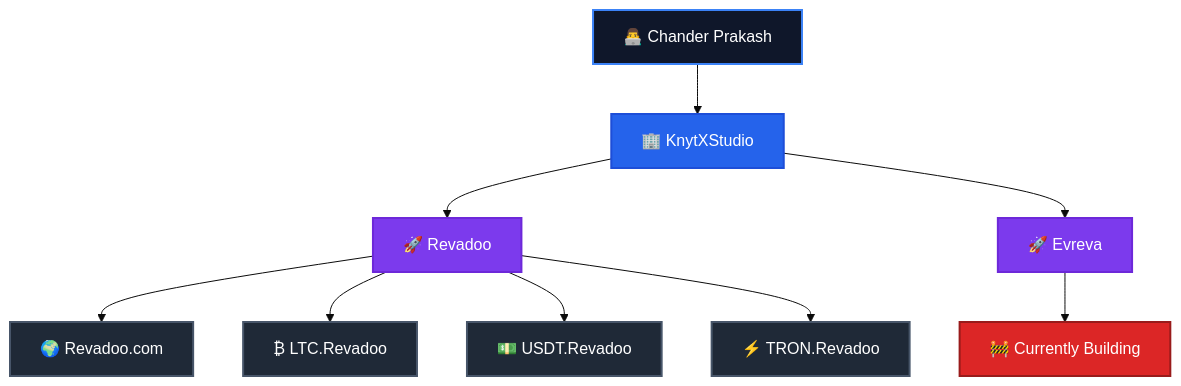
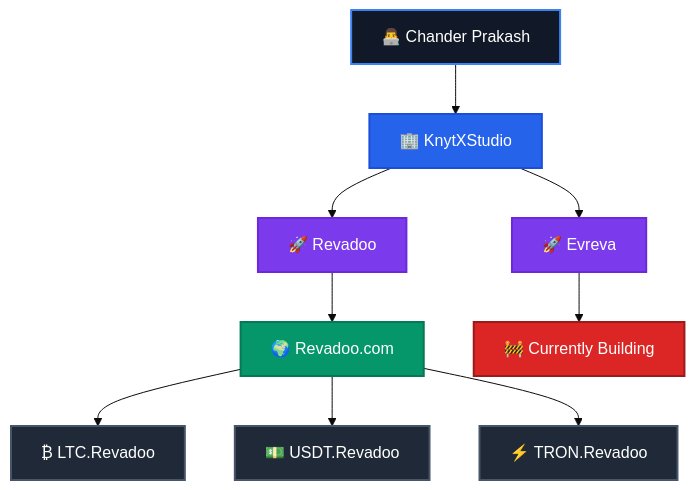
One commit to chander20256/chander20256 changed the diagram in README.md. Above: the diagram before and after it, drawn with Mermaid (base theme). The commit also changed other lines of this file, not shown here.

````diff
--- a/README.md
+++ b/README.md
@@ -27,50 +27,46 @@
 ```mermaid
 flowchart TB
 
-    %% Founder
     CP["👨‍💻 Chander Prakash"]
 
-    %% Studio
     KS["🏢 KnytXStudio"]
 
-    %% Main Projects
     REV["🚀 Revadoo"]
+
     EV["🚀 Evreva"]
 
-    %% Revadoo Products
     MAIN["🌍 Revadoo.com"]
+
     LTC["₿ LTC.Revadoo"]
     USDT["💵 USDT.Revadoo"]
     TRON["⚡ TRON.Revadoo"]
 
-    %% Evreva Status
     BUILD["🚧 Currently Building"]
-
-    %% Connections
 
     CP --> KS
 
     KS --> REV
     KS --> EV
 
     REV --> MAIN
-    REV --> LTC
-    REV --> USDT
-    REV --> TRON
+
+    MAIN --> LTC
+    MAIN --> USDT
+    MAIN --> TRON
 
     EV --> BUILD
 
-    %% Styling
-
-    classDef founder fill:#0F172A,color:#ffffff,stroke:#3B82F6,stroke-width:2px;
+    classDef founder fill:#111827,color:#ffffff,stroke:#3B82F6,stroke-width:2px;
     classDef studio fill:#2563EB,color:#ffffff,stroke:#1D4ED8,stroke-width:2px;
     classDef project fill:#7C3AED,color:#ffffff,stroke:#6D28D9,stroke-width:2px;
+    classDef website fill:#059669,color:#ffffff,stroke:#047857,stroke-width:2px;
     classDef portal fill:#1F2937,color:#ffffff,stroke:#475569,stroke-width:2px;
     classDef status fill:#DC2626,color:#ffffff,stroke:#991B1B,stroke-width:2px;
 
     class CP founder;
     class KS studio;
     class REV,EV project;
-    class MAIN,LTC,USDT,TRON portal;
+    class MAIN website;
+    class LTC,USDT,TRON portal;
     class BUILD status;
 ```
````
